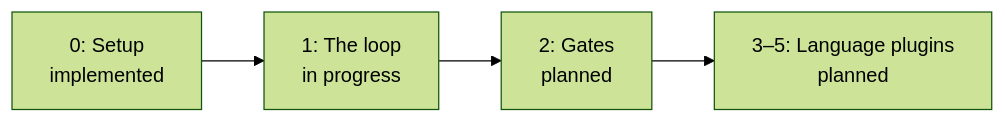
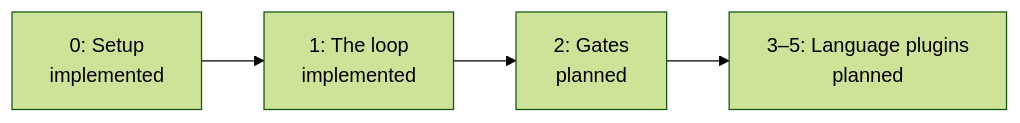
The diagram in docs/plans/README.md (StevenJPx2/atelier), drawn with Mermaid (forest theme) before and after one commit. The commit also changed other lines of this file and 4 other files, not shown here.

````diff
--- a/docs/plans/README.md
+++ b/docs/plans/README.md
@@ -6,6 +6,6 @@
 ```mermaid
 flowchart LR
-    Setup["0: Setup<br/>implemented"] --> Loop["1: The loop<br/>in progress"]
+    Setup["0: Setup<br/>implemented"] --> Loop["1: The loop<br/>implemented"]
     Loop --> Gates["2: Gates<br/>planned"]
     Gates --> Languages["3–5: Language plugins<br/>planned"]
 ```
````
